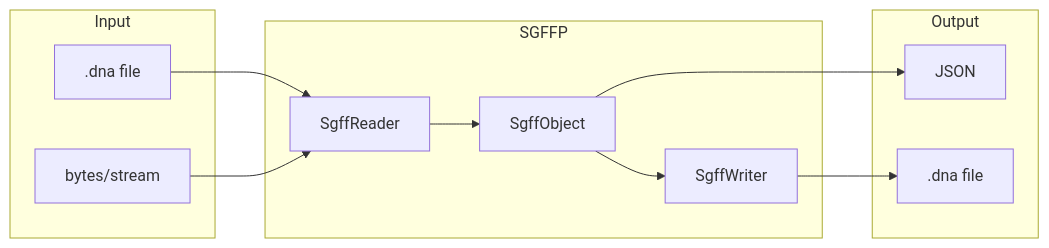
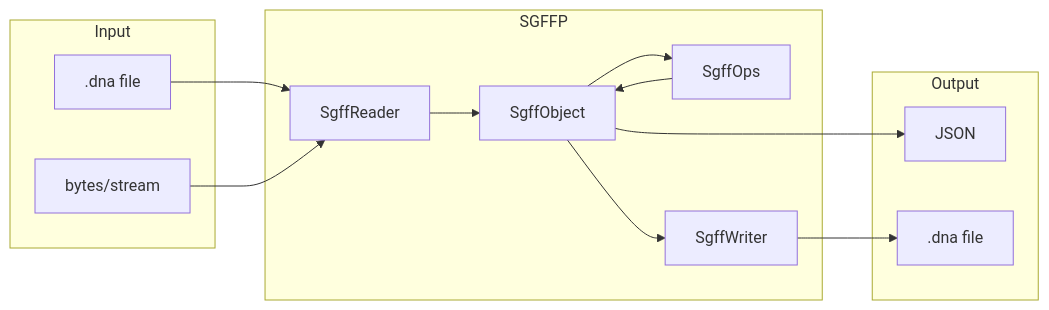
Before and after one commit to merv1n34k/sgffp: the diagram in README.md, drawn with Mermaid. The commit also changed other lines of this file, not shown here.

````diff
--- a/README.md
+++ b/README.md
@@ -14,25 +14,28 @@
 ```mermaid
 flowchart LR
     subgraph Input
         DNA[".dna file"]
         Bytes["bytes/stream"]
     end
 
     subgraph SGFFP
         Reader["SgffReader"]
         Object["SgffObject"]
+        Ops["SgffOps"]
         Writer["SgffWriter"]
     end
 
     subgraph Output
         JSON["JSON"]
         File[".dna file"]
     end
 
     DNA --> Reader
     Bytes --> Reader
     Reader --> Object
+    Object --> Ops
+    Ops --> Object
     Object --> Writer
     Object --> JSON
     Writer --> File
 ```
````
